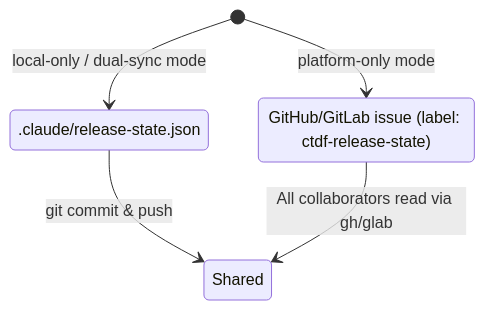
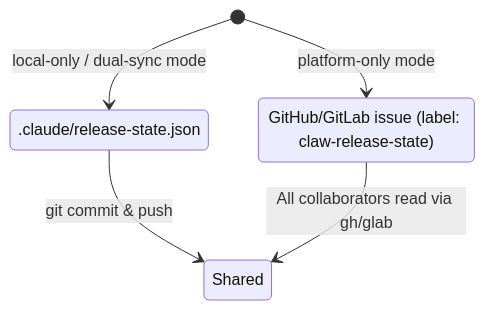
One commit to dnviti/codeclaw changed the fifth of 8 diagrams in docs/architecture.md. Above: the diagram before and after it, drawn with Mermaid. The commit also changed other lines of this file and 82 other files, not shown here.

First line of the commit message:
feat: rebrand project from CTDF to CodeClaw with plugin id claw (REBR-0042)

````diff
--- a/docs/architecture.md
+++ b/docs/architecture.md
@@ -341,11 +341,11 @@
 ```mermaid
 stateDiagram-v2
     [*] --> Local: local-only / dual-sync mode
     [*] --> Platform: platform-only mode
 
     Local: .claude/release-state.json
-    Platform: GitHub/GitLab issue (label: ctdf-release-state)
+    Platform: GitHub/GitLab issue (label: claw-release-state)
 
     Local --> Shared: git commit & push
     Platform --> Shared: All collaborators read via gh/glab
 ```
````
